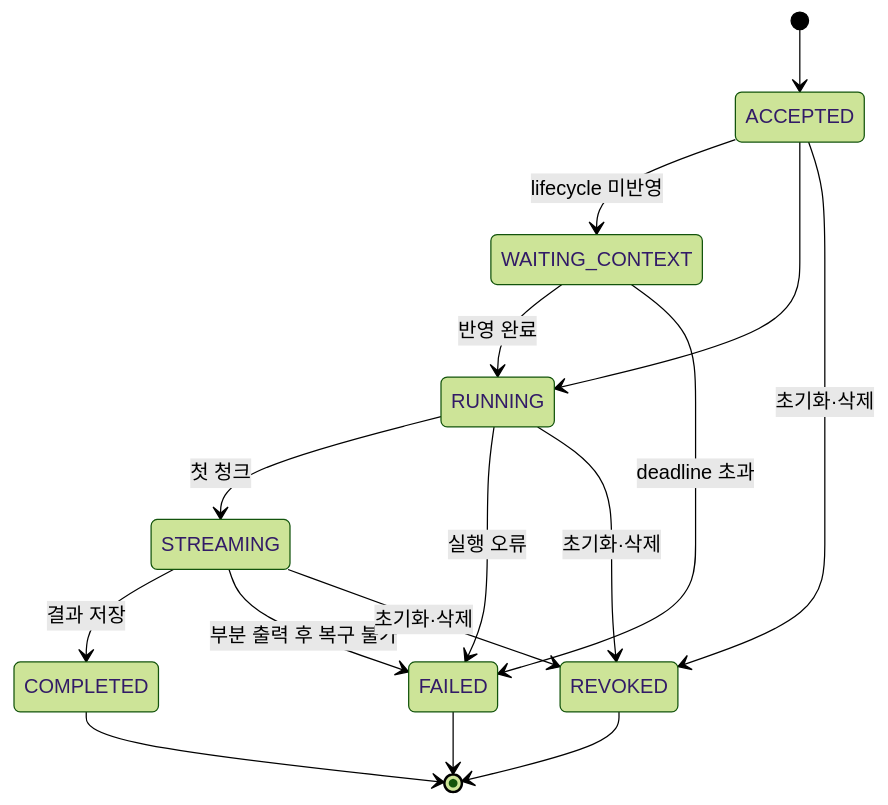
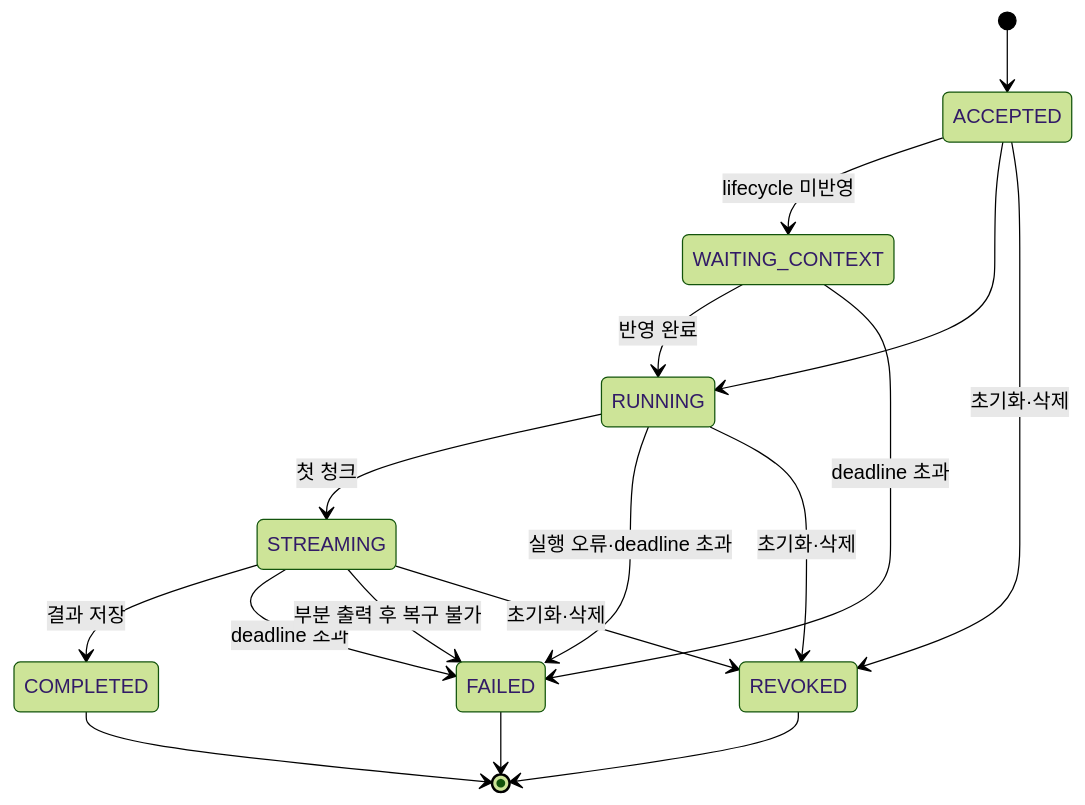
Before and after one commit to Team-CDBD/character-chat-ai: the fourth of 4 diagrams in README.md, drawn with Mermaid (forest theme). The commit also changed other lines of this file and 16 other files, not shown here.

````diff
--- a/README.md
+++ b/README.md
@@ -269,18 +270,19 @@
 ```mermaid
 stateDiagram-v2
     [*] --> ACCEPTED
     ACCEPTED --> WAITING_CONTEXT: lifecycle 미반영
     ACCEPTED --> RUNNING
     WAITING_CONTEXT --> RUNNING: 반영 완료
     RUNNING --> STREAMING: 첫 청크
     STREAMING --> COMPLETED: 결과 저장
     WAITING_CONTEXT --> FAILED: deadline 초과
-    RUNNING --> FAILED: 실행 오류
+    RUNNING --> FAILED: 실행 오류·deadline 초과
+    STREAMING --> FAILED: deadline 초과
     STREAMING --> FAILED: 부분 출력 후 복구 불가
     ACCEPTED --> REVOKED: 초기화·삭제
     RUNNING --> REVOKED: 초기화·삭제
     STREAMING --> REVOKED: 초기화·삭제
     COMPLETED --> [*]
     FAILED --> [*]
     REVOKED --> [*]
 ```
````
